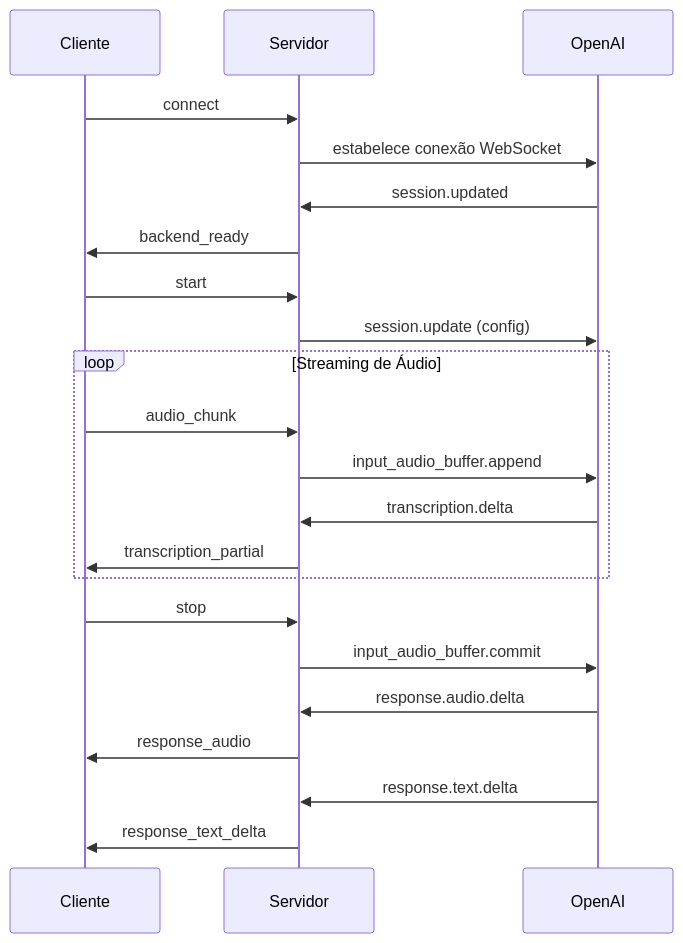
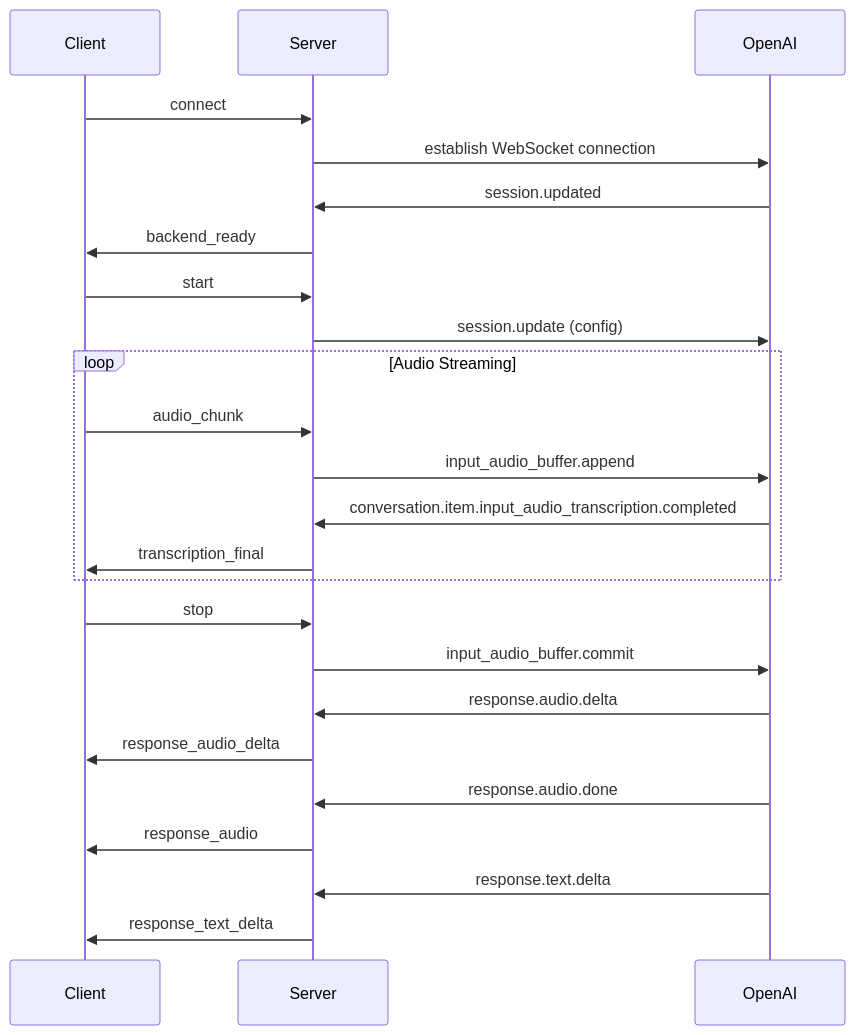
One commit to alyssonbarrera/audio-worklet-recorder-server changed the diagram in README.md. Above: the diagram before and after it, drawn with Mermaid. The commit also changed other lines of this file and 4 other files, not shown here.

````diff
--- a/README.md
+++ b/README.md
@@ -145,29 +174,31 @@
 ```mermaid
 sequenceDiagram
-    participant C as Cliente
-    participant S as Servidor
+    participant C as Client
+    participant S as Server
     participant O as OpenAI
 
     C->>S: connect
-    S->>O: estabelece conexão WebSocket
+    S->>O: establish WebSocket connection
     O->>S: session.updated
     S->>C: backend_ready
 
     C->>S: start
     S->>O: session.update (config)
     
-    loop Streaming de Áudio
+    loop Audio Streaming
         C->>S: audio_chunk
         S->>O: input_audio_buffer.append
-        O->>S: transcription.delta
-        S->>C: transcription_partial
+        O->>S: conversation.item.input_audio_transcription.completed
+        S->>C: transcription_final
     end
 
     C->>S: stop
     S->>O: input_audio_buffer.commit
     
     O->>S: response.audio.delta
+    S->>C: response_audio_delta
+    O->>S: response.audio.done
     S->>C: response_audio
     O->>S: response.text.delta
     S->>C: response_text_delta
 ```
````
